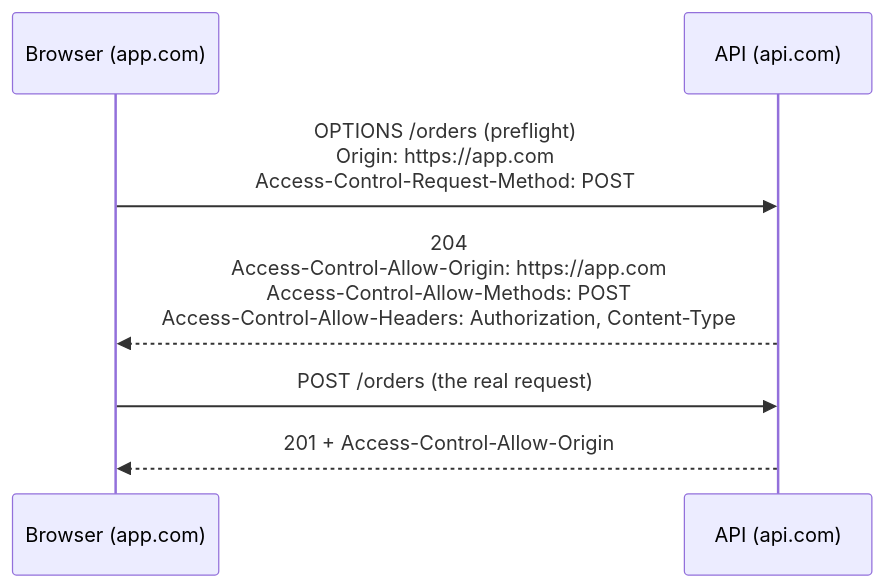
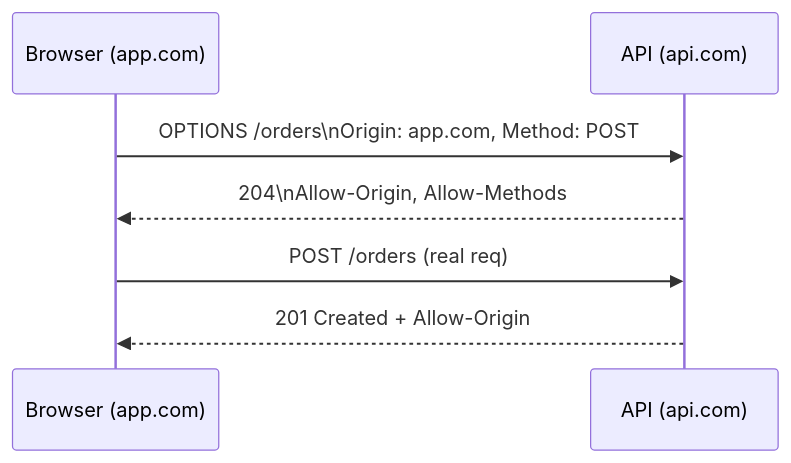
One commit to AkiebNazir/engineering-guide changed the third of 3 diagrams in API/Fundamentals/02_http_and_web_foundations.md. Above: the diagram before and after it, drawn with Mermaid. The commit also changed other lines of this file and 170 other files, not shown here.

````diff
--- a/API/Fundamentals/02_http_and_web_foundations.md
+++ b/API/Fundamentals/02_http_and_web_foundations.md
@@ -194,9 +191,9 @@
 ```mermaid
 sequenceDiagram
     participant B as Browser (app.com)
     participant A as API (api.com)
-    B->>A: OPTIONS /orders (preflight)<br/>Origin: https://app.com<br/>Access-Control-Request-Method: POST
-    A-->>B: 204<br/>Access-Control-Allow-Origin: https://app.com<br/>Access-Control-Allow-Methods: POST<br/>Access-Control-Allow-Headers: Authorization, Content-Type
-    B->>A: POST /orders (the real request)
-    A-->>B: 201 + Access-Control-Allow-Origin
+    B->>A: OPTIONS /orders\nOrigin: app.com, Method: POST
+    A-->>B: 204\nAllow-Origin, Allow-Methods
+    B->>A: POST /orders (real req)
+    A-->>B: 201 Created + Allow-Origin
 ```
````
